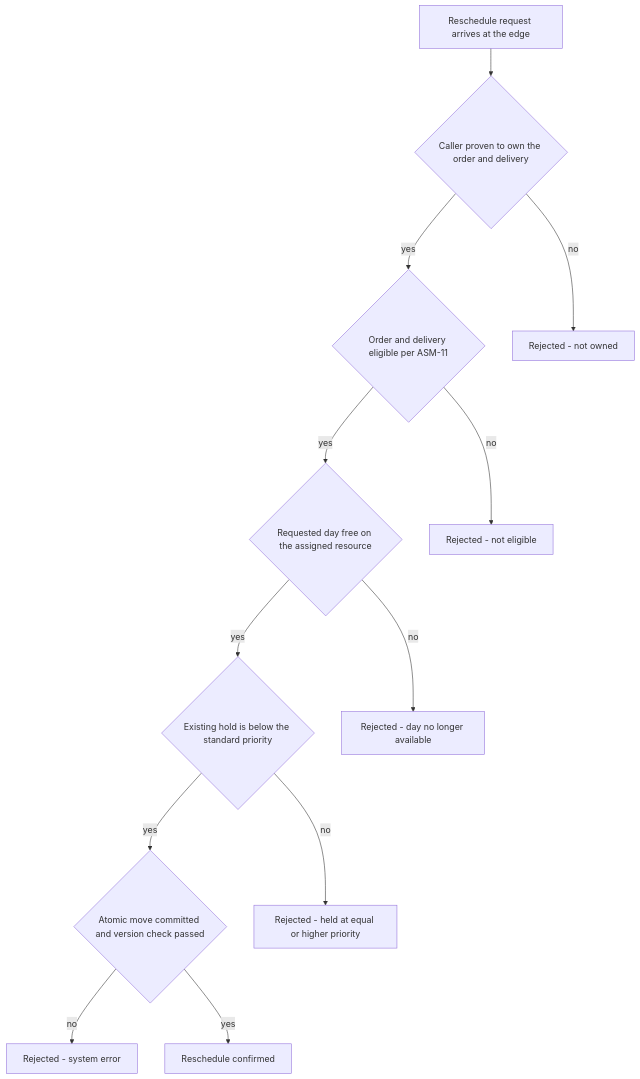
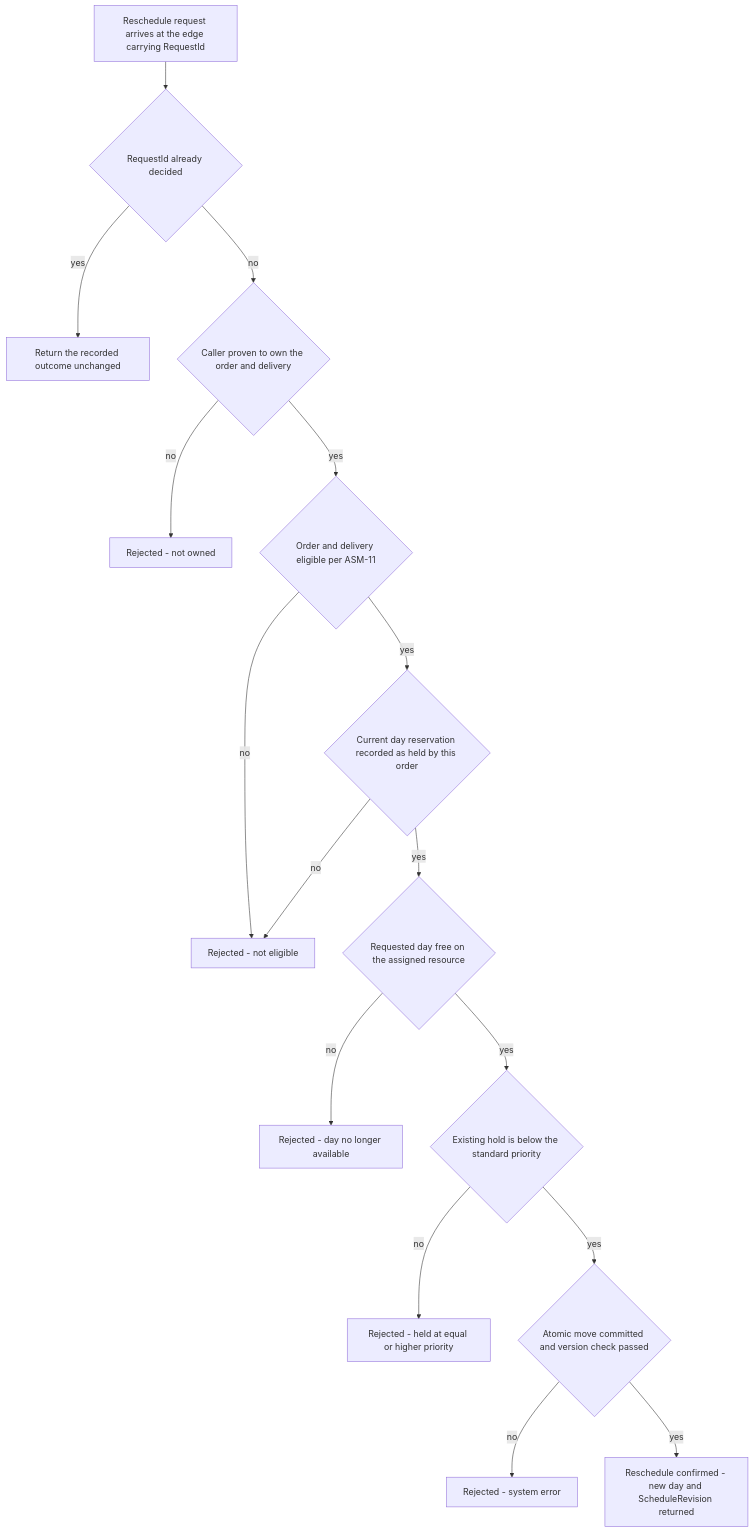
One commit to hianshul100/Pacco.Context changed the diagram in docs/adr/reschedule-message-and-rejection-code-contracts.md. Above: the diagram before and after it, drawn with Mermaid. The commit also changed other lines of this file and 12 other files, not shown here.

````diff
--- a/docs/adr/reschedule-message-and-rejection-code-contracts.md
+++ b/docs/adr/reschedule-message-and-rejection-code-contracts.md
@@ -165,26 +239,33 @@
 ```mermaid
 flowchart TD
-    REQ[Reschedule request arrives at the edge]
+    REQ[Reschedule request arrives at the edge carrying RequestId]
+    SEEN{RequestId already decided}
     OWN{Caller proven to own the order and delivery}
     ELIG{Order and delivery eligible per ASM-11}
+    MINE{Current day reservation recorded as held by this order}
     HELD{Requested day free on the assigned resource}
     PRIO{Existing hold is below the standard priority}
     WRITE{Atomic move committed and version check passed}
-    OK[Reschedule confirmed]
+    REPLAY[Return the recorded outcome unchanged]
+    OK[Reschedule confirmed - new day and ScheduleRevision returned]
     R1[Rejected - not owned]
     R2[Rejected - not eligible]
     R3[Rejected - day no longer available]
     R4[Rejected - held at equal or higher priority]
     R5[Rejected - system error]
-    REQ --> OWN
+    REQ --> SEEN
+    SEEN -- yes --> REPLAY
+    SEEN -- no --> OWN
     OWN -- no --> R1
     OWN -- yes --> ELIG
     ELIG -- no --> R2
-    ELIG -- yes --> HELD
+    ELIG -- yes --> MINE
+    MINE -- no --> R2
+    MINE -- yes --> HELD
     HELD -- no --> R3
     HELD -- yes --> PRIO
     PRIO -- no --> R4
     PRIO -- yes --> WRITE
     WRITE -- no --> R5
     WRITE -- yes --> OK
 ```
````
